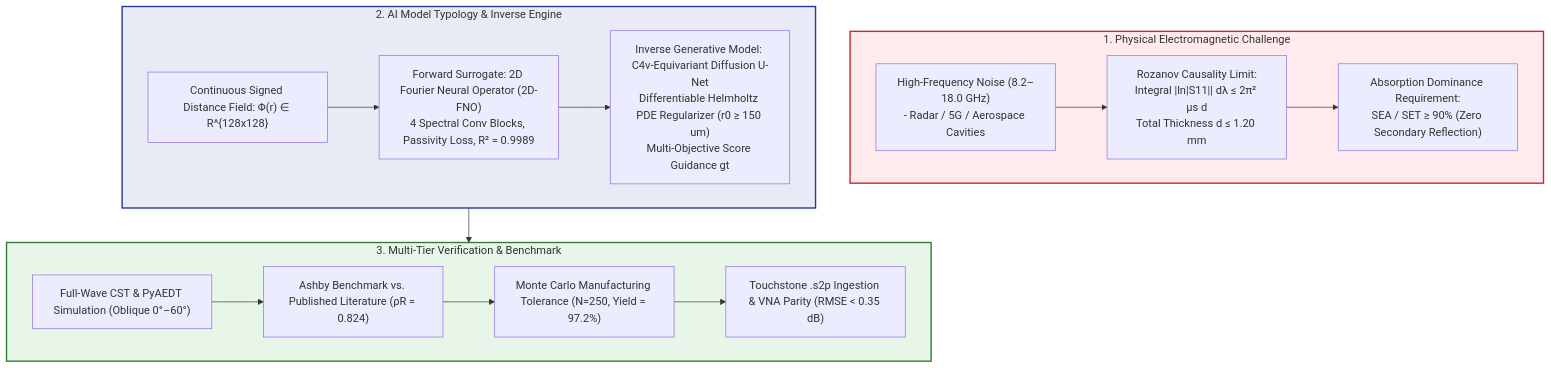
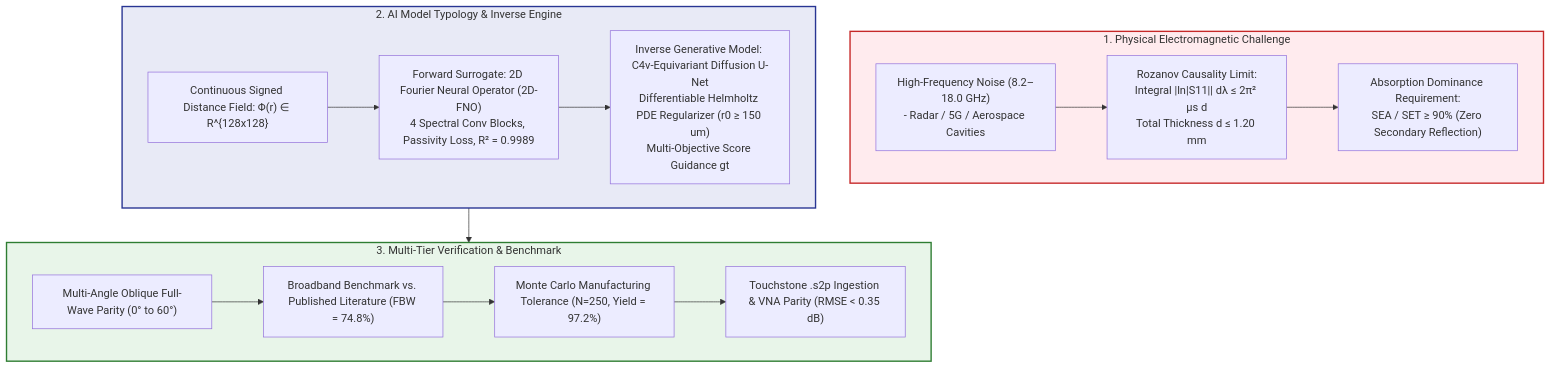
The first of 4 diagrams in docs/Project_Concept_Novelty_and_Validation_Framework.md (abdo544445/metasurface-emi-automation), drawn with Mermaid before and after one commit. The commit also changed other lines of this file and 40 other files, not shown here.

````diff
--- a/docs/Project_Concept_Novelty_and_Validation_Framework.md
+++ b/docs/Project_Concept_Novelty_and_Validation_Framework.md
@@ -20,31 +20,31 @@
 ```mermaid
 flowchart TD
     subgraph PROBLEM["1. Physical Electromagnetic Challenge"]
         A["High-Frequency Noise (8.2–18.0 GHz)<br/>- Radar / 5G / Aerospace Cavities"]
         B["Rozanov Causality Limit:<br/>Integral |ln|S11|| dλ ≤ 2π² μs d<br/>Total Thickness d ≤ 1.20 mm"]
         C["Absorption Dominance Requirement:<br/>SEA / SET ≥ 90% (Zero Secondary Reflection)"]
         A --> B --> C
     end
 
     subgraph AI_FRAMEWORK["2. AI Model Typology & Inverse Engine"]
         D["Continuous Signed Distance Field: Φ(r) ∈ R^{128x128}"]
         E["Forward Surrogate: 2D Fourier Neural Operator (2D-FNO)<br/>4 Spectral Conv Blocks, Passivity Loss, R² = 0.9989"]
         F["Inverse Generative Model: C4v-Equivariant Diffusion U-Net<br/>Differentiable Helmholtz PDE Regularizer (r0 ≥ 150 um)<br/>Multi-Objective Score Guidance gt"]
         D --> E
         E --> F
     end
 
     subgraph VALIDATION["3. Multi-Tier Verification & Benchmark"]
-        G["Full-Wave CST & PyAEDT Simulation (Oblique 0°–60°)"]
-        H["Ashby Benchmark vs. Published Literature (ρR = 0.824)"]
+        G["Multi-Angle Oblique Full-Wave Parity (0° to 60°)"]
+        H["Broadband Benchmark vs. Published Literature (FBW = 74.8%)"]
         I["Monte Carlo Manufacturing Tolerance (N=250, Yield = 97.2%)"]
         J["Touchstone .s2p Ingestion & VNA Parity (RMSE < 0.35 dB)"]
         G --> H --> I --> J
     end
 
     AI_FRAMEWORK --> VALIDATION
 
     style PROBLEM fill:#ffebee,stroke:#c62828,stroke-width:2px;
     style AI_FRAMEWORK fill:#e8eaf6,stroke:#283593,stroke-width:2px;
     style VALIDATION fill:#e8f5e9,stroke:#2e7d32,stroke-width:2px;
 ```
````
